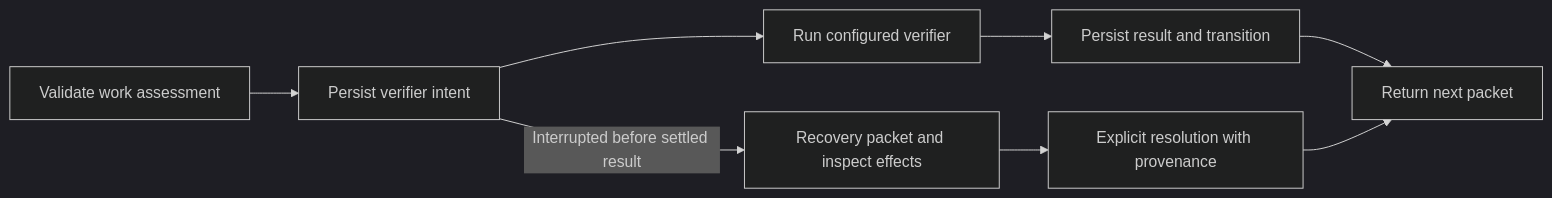
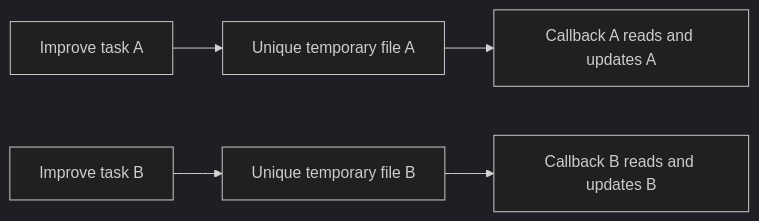
One commit to whichguy/until-loop changed the third of 3 diagrams in README.md. Above: the diagram before and after it, drawn with Mermaid (dark theme). The commit also changed other lines of this file and 49 other files, not shown here.

````diff
--- a/README.md
+++ b/README.md
@@ -441,10 +187,7 @@
 ```mermaid
 flowchart LR
-    Submit[Validate work assessment] --> Intent[Persist verifier intent]
-    Intent --> Check[Run configured verifier]
-    Check --> Commit[Persist result and transition]
-    Commit --> Packet[Return next packet]
-    Intent -->|Interrupted before settled result| Inspect[Recovery packet and inspect effects]
-    Inspect --> Resolve[Explicit resolution with provenance]
-    Resolve --> Packet
+    A[Improve task A] --> FA[Unique temporary file A]
+    B[Improve task B] --> FB[Unique temporary file B]
+    FA --> CA[Callback A reads and updates A]
+    FB --> CB[Callback B reads and updates B]
 ```
````
